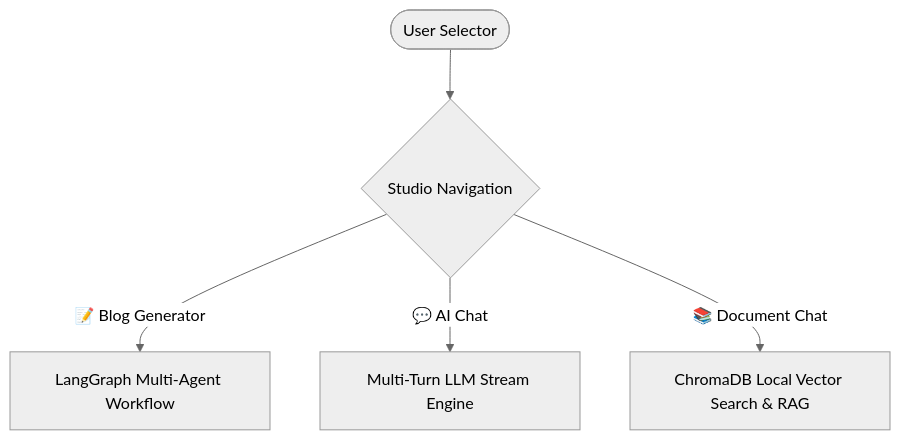
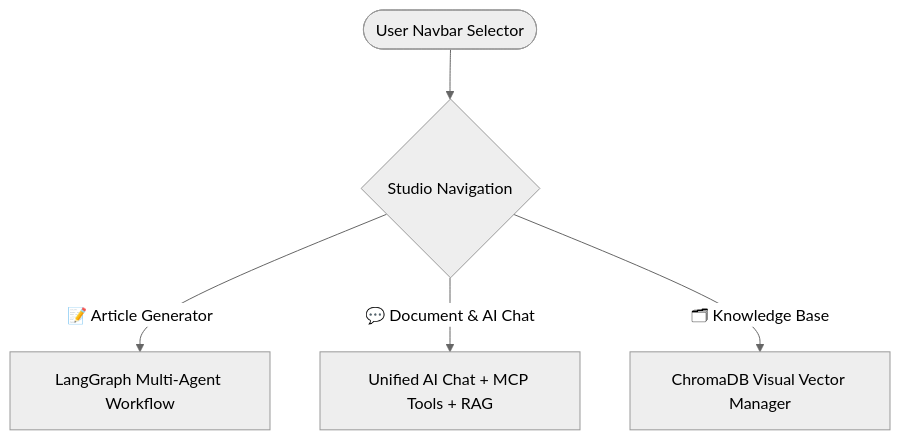
Before and after one commit to jeetsinghbhati7773/blog-writing-multi-agent: the first of 2 diagrams in README.md, drawn with Mermaid (neutral theme). The commit also changed other lines of this file and 15 other files, not shown here.

Commit message:
feat: integrate MCP server tools, Groq model updates, unified AI chat, and active RAG pipeline progress UI

````diff
--- a/README.md
+++ b/README.md
@@ -31,7 +33,7 @@
 ```mermaid
 graph TD
-    User([User Selector]) --> Sidebar{Studio Navigation}
-    Sidebar -- 📝 Blog Generator --> LangGraphEngine[LangGraph Multi-Agent Workflow]
-    Sidebar -- 💬 AI Chat --> LLMChatEngine[Multi-Turn LLM Stream Engine]
-    Sidebar -- 📚 Document Chat --> ChromaRAGEngine[ChromaDB Local Vector Search & RAG]
+    User([User Navbar Selector]) --> Sidebar{Studio Navigation}
+    Sidebar -- 📝 Article Generator --> LangGraphEngine[LangGraph Multi-Agent Workflow]
+    Sidebar -- 💬 Document & AI Chat --> ChatEngine[Unified AI Chat + MCP Tools + RAG]
+    Sidebar -- 🗂 Knowledge Base --> ChromaDBManager[ChromaDB Visual Vector Manager]
 ```
````
